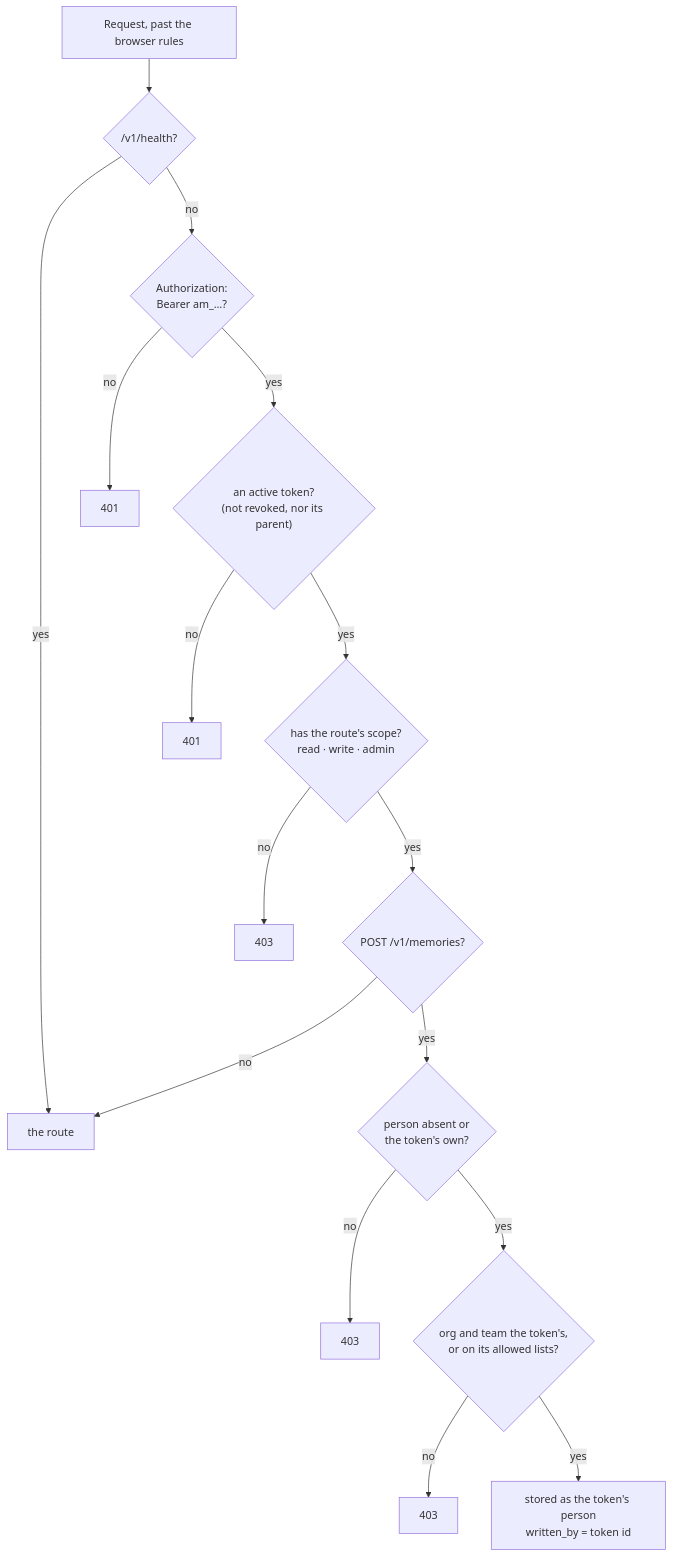
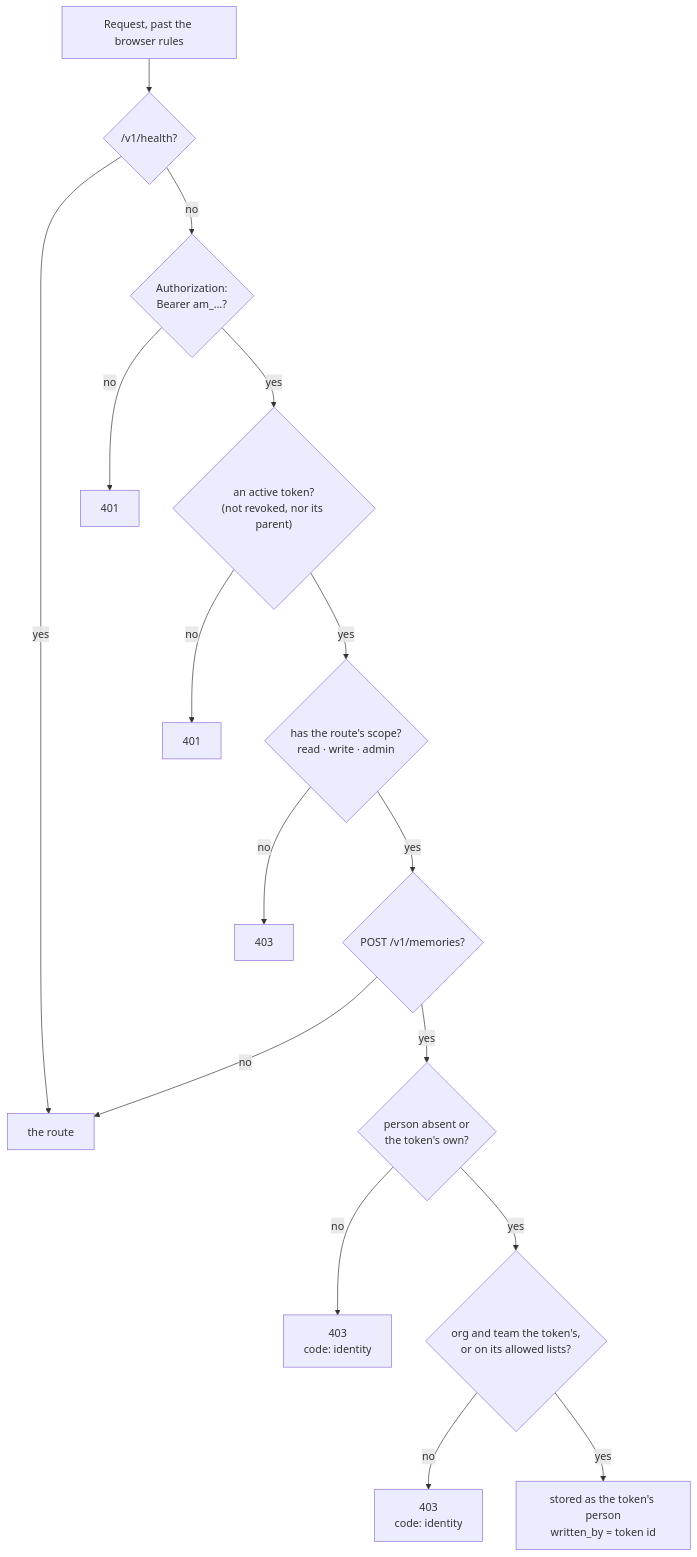
Before and after one commit to roune/agent-memory: the fourth of 7 diagrams in docs/server.md, drawn with Mermaid. The commit also changed other lines of this file and 9 other files, not shown here.

````diff
--- a/docs/server.md
+++ b/docs/server.md
@@ -160,18 +164,18 @@
 ```mermaid
 flowchart TD
   req["Request, past the browser rules"] --> health{"/v1/health?"}
   health -- yes --> answer["the route"]
   health -- no --> bearer{"Authorization:<br/>Bearer am_…?"}
   bearer -- no --> r401a["401"]
   bearer -- yes --> known{"an active token?<br/>(not revoked, nor its parent)"}
   known -- no --> r401b["401"]
   known -- yes --> scope{"has the route's scope?<br/>read · write · admin"}
   scope -- no --> r403a["403"]
   scope -- yes --> write{"POST /v1/memories?"}
   write -- no --> answer
   write -- yes --> person{"person absent or<br/>the token's own?"}
-  person -- no --> r403b["403"]
+  person -- no --> r403b["403<br/>code: identity"]
   person -- yes --> lists{"org and team the token's,<br/>or on its allowed lists?"}
-  lists -- no --> r403c["403"]
+  lists -- no --> r403c["403<br/>code: identity"]
   lists -- yes --> stored["stored as the token's person<br/>written_by = token id"]
 ```
````
